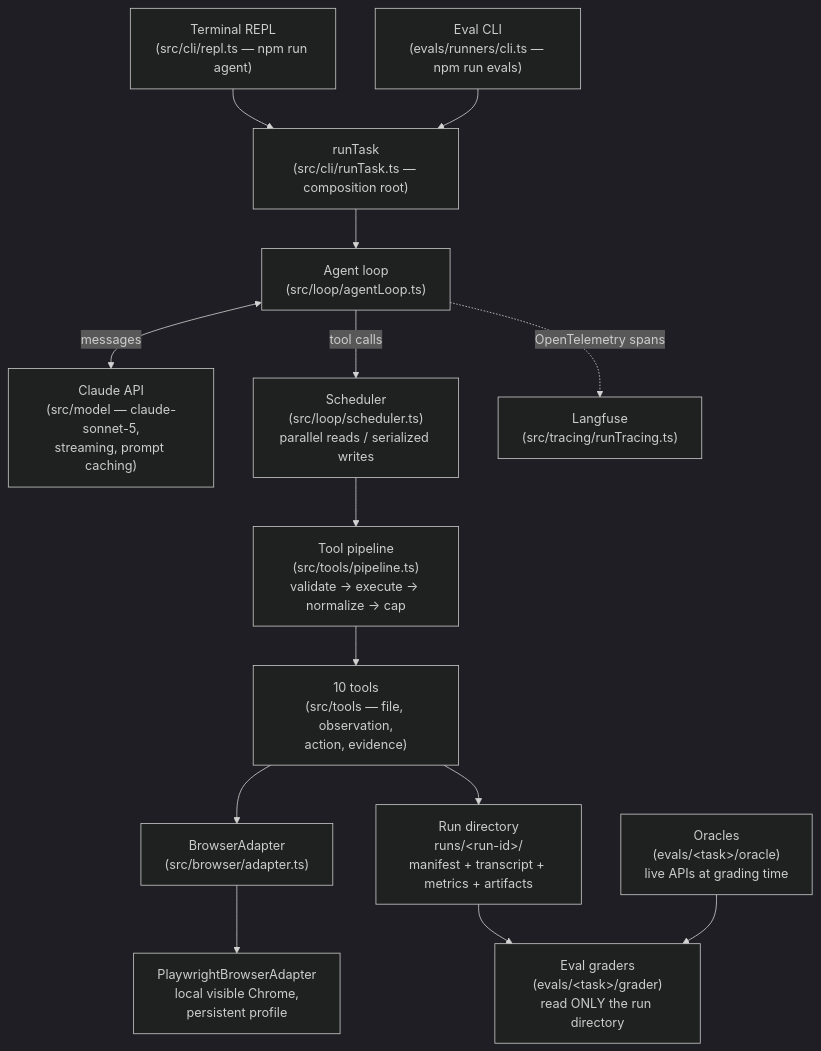
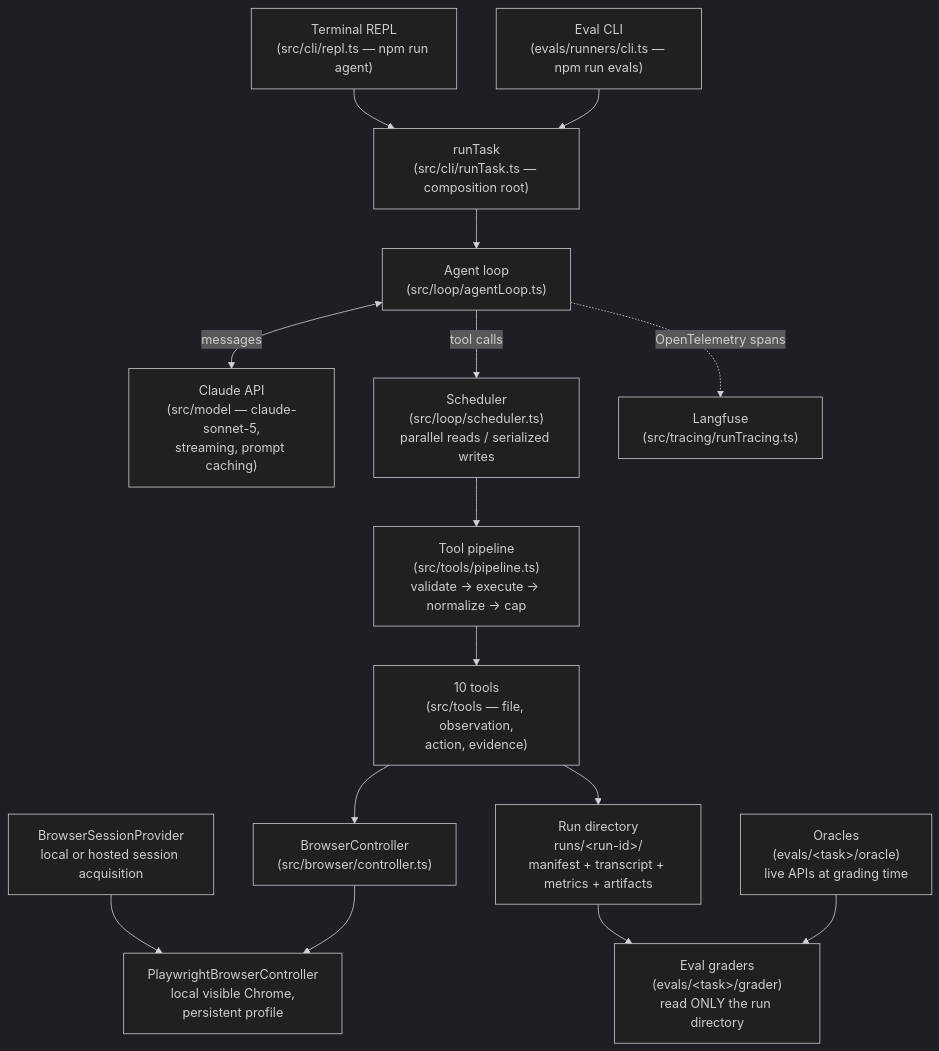
The first of 2 diagrams in .agents/summary/architecture.md (briosolivares/evidence-collection-agent), drawn with Mermaid (dark theme) before and after one commit. The commit also changed other lines of this file and 55 other files, not shown here.

Commit message:
refactor: separate browser controllers from session providers

````diff
--- a/.agents/summary/architecture.md
+++ b/.agents/summary/architecture.md
@@ -7,16 +7,17 @@
 ```mermaid
 flowchart TD
     U["Terminal REPL\n(src/cli/repl.ts — npm run agent)"] --> RT["runTask\n(src/cli/runTask.ts — composition root)"]
     EV["Eval CLI\n(evals/runners/cli.ts — npm run evals)"] --> RT
     RT --> L["Agent loop\n(src/loop/agentLoop.ts)"]
     L <-->|"messages"| M["Claude API\n(src/model — claude-sonnet-5,\nstreaming, prompt caching)"]
     L -->|"tool calls"| S["Scheduler\n(src/loop/scheduler.ts)\nparallel reads / serialized writes"]
     S --> P["Tool pipeline\n(src/tools/pipeline.ts)\nvalidate → execute → normalize → cap"]
     P --> T["10 tools\n(src/tools — file, observation,\naction, evidence)"]
-    T --> B["BrowserAdapter\n(src/browser/adapter.ts)"]
-    B --> PW["PlaywrightBrowserAdapter\nlocal visible Chrome,\npersistent profile"]
+    T --> B["BrowserController\n(src/browser/controller.ts)"]
+    SP["BrowserSessionProvider\nlocal or hosted session acquisition"] --> PW["PlaywrightBrowserController\nlocal visible Chrome,\npersistent profile"]
+    B --> PW
     T --> R["Run directory\nruns/&lt;run-id&gt;/\nmanifest + transcript + metrics + artifacts"]
     L -.->|"OpenTelemetry spans"| O["Langfuse\n(src/tracing/runTracing.ts)"]
     R --> G["Eval graders\n(evals/&lt;task&gt;/grader)\nread ONLY the run directory"]
     OR["Oracles\n(evals/&lt;task&gt;/oracle)\nlive APIs at grading time"] --> G
 ```
````
